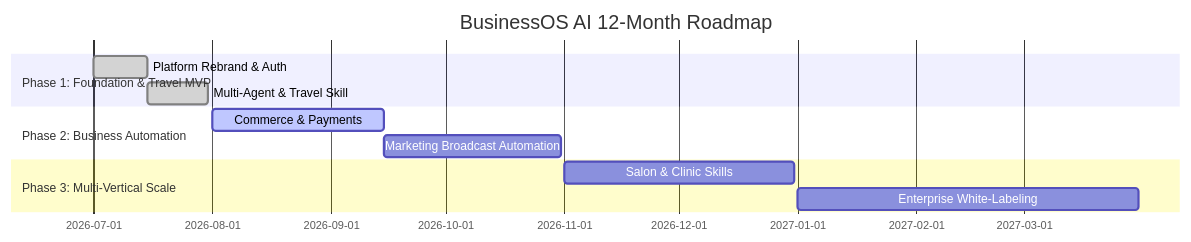
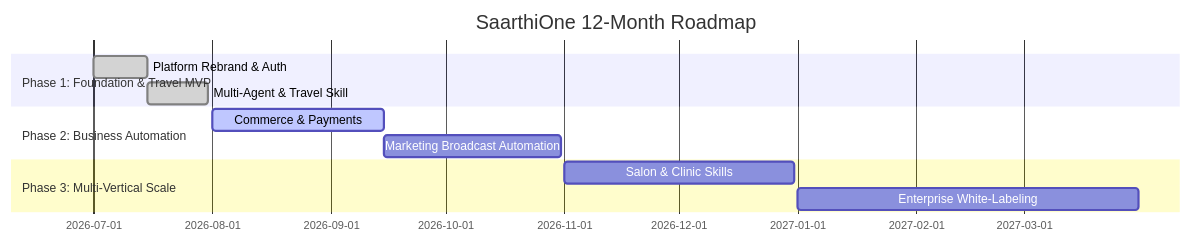
One commit to AnupamaJain/BusinessOS-AI changed the diagram in docs/23-Roadmap.md. Above: the diagram before and after it, drawn with Mermaid. The commit also changed 16 other files, not shown here.

````diff
--- a/docs/23-Roadmap.md
+++ b/docs/23-Roadmap.md
@@ -3,14 +3,14 @@
 ```mermaid
 gantt
-    title BusinessOS AI 12-Month Roadmap
+    title SaarthiOne 12-Month Roadmap
     dateFormat  YYYY-MM-DD
     section Phase 1: Foundation & Travel MVP
     Platform Rebrand & Auth         :done, p1, 2026-07-01, 2026-07-15
     Multi-Agent & Travel Skill      :done, p2, 2026-07-15, 2026-07-31
     section Phase 2: Business Automation
     Commerce & Payments             :active, p3, 2026-08-01, 2026-09-15
     Marketing Broadcast Automation   :p4, 2026-09-15, 2026-10-31
     section Phase 3: Multi-Vertical Scale
     Salon & Clinic Skills           :p5, 2026-11-01, 2026-12-31
     Enterprise White-Labeling       :p6, 2027-01-01, 2027-03-31
 ```
````
